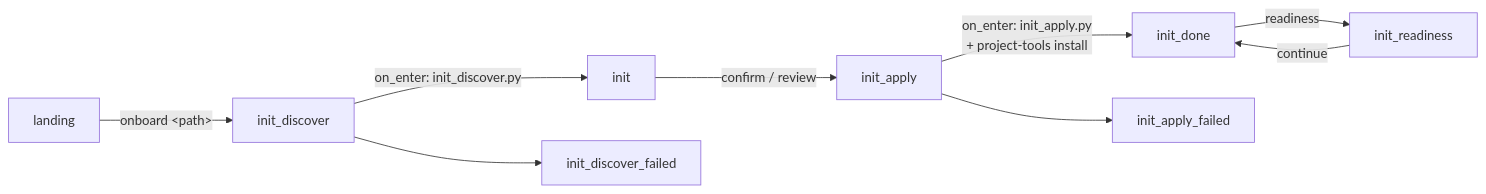
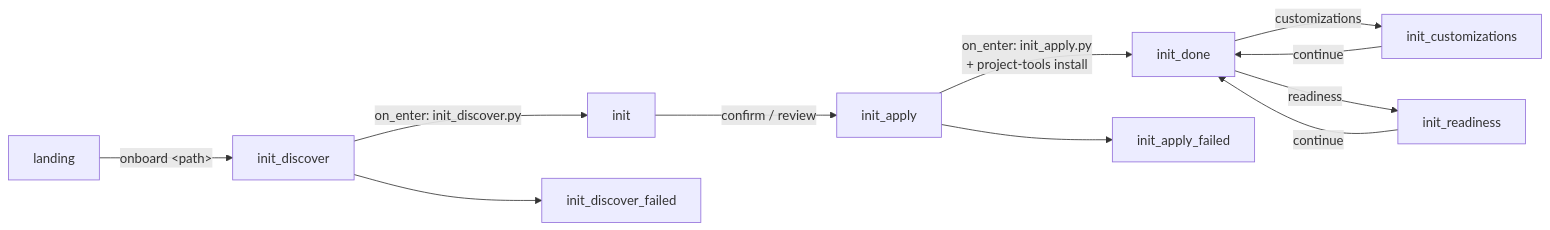
One commit to bsacrobatix/Kitsoki changed the diagram in docs/stories/dev-story-onboarding.md. Above: the diagram before and after it, drawn with Mermaid. The commit also changed other lines of this file and 10 other files, not shown here.

Commit message:
feat(init): review mined customizations

````diff
--- a/docs/stories/dev-story-onboarding.md
+++ b/docs/stories/dev-story-onboarding.md
@@ -18,11 +18,13 @@
 ```mermaid
 flowchart LR
     landing -->|"onboard &lt;path&gt;"| init_discover
     init_discover -->|"on_enter: init_discover.py"| init
     init_discover --> init_discover_failed
     init -->|"confirm / review"| init_apply
     init_apply -->|"on_enter: init_apply.py<br/>+ project-tools install"| init_done
+    init_done -->|"customizations"| init_customizations
+    init_customizations -->|"continue"| init_done
     init_done -->|"readiness"| init_readiness
     init_readiness -->|"continue"| init_done
     init_apply --> init_apply_failed
 ```
````
